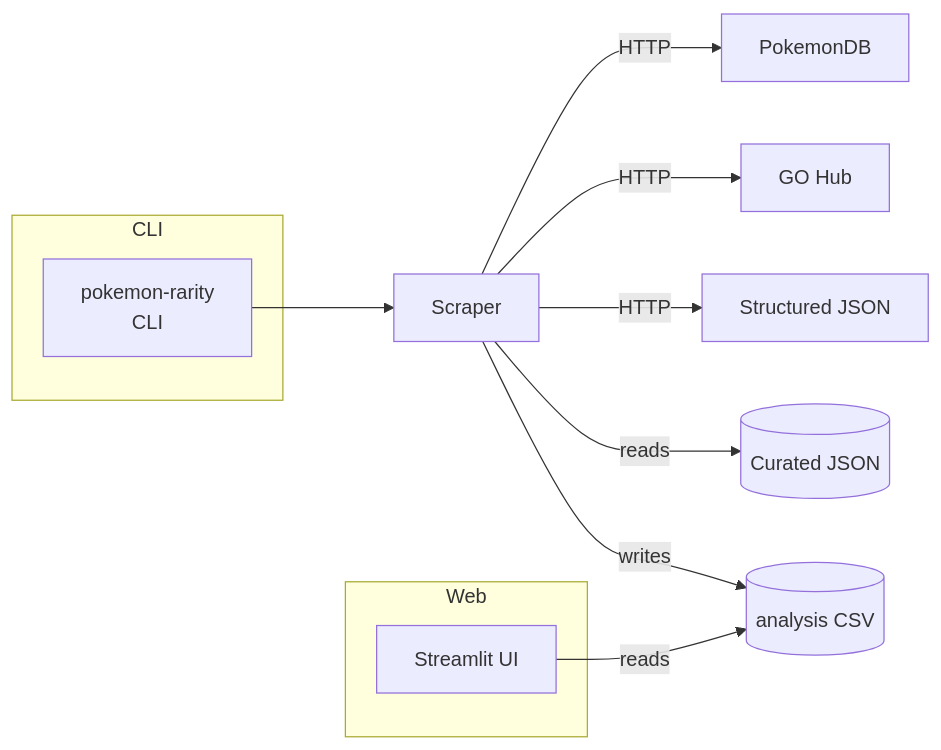
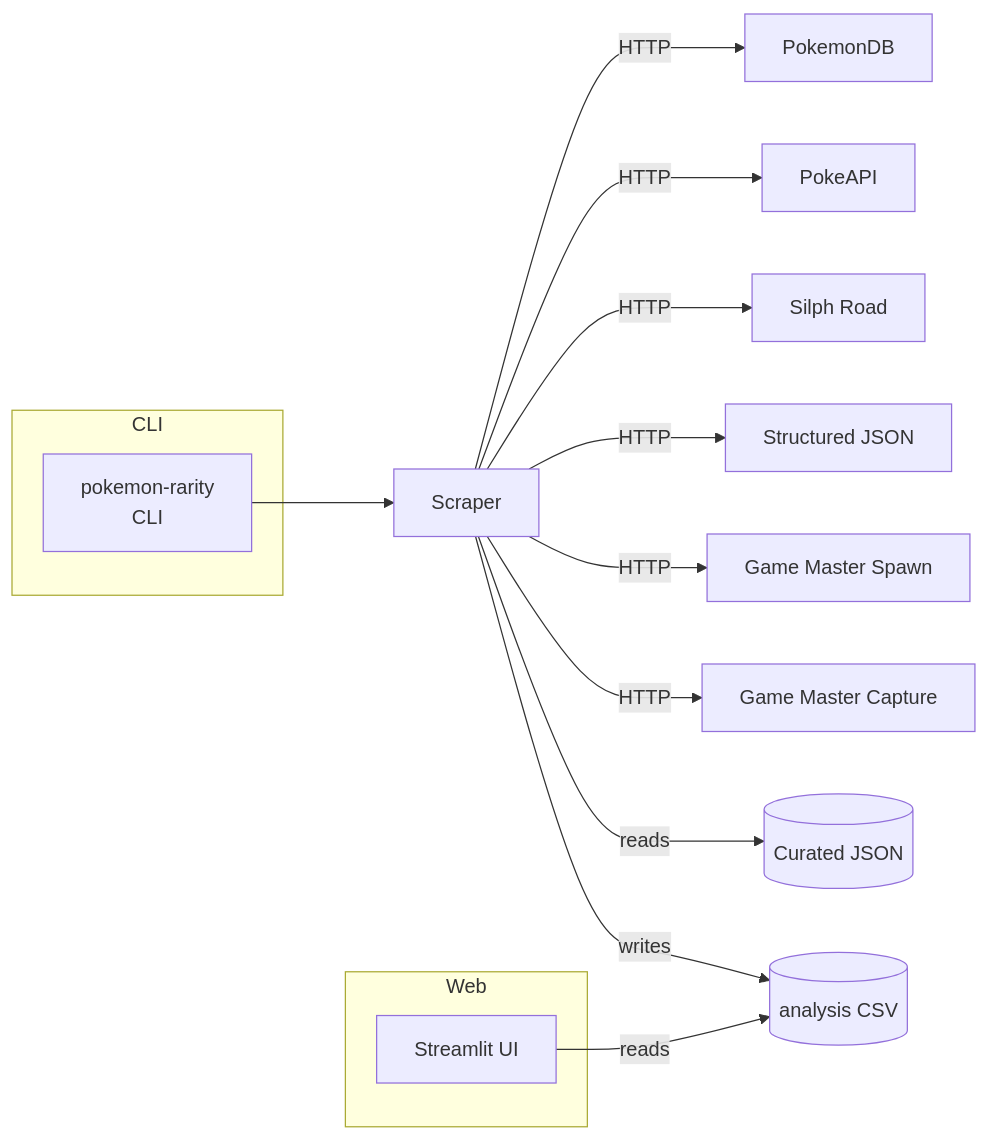
One commit to cortega26/PoGo changed the diagram in README.md. Above: the diagram before and after it, drawn with Mermaid.

Commit message:
docs: update data source flowchart

````diff
--- a/README.md
+++ b/README.md
@@ -15,16 +15,19 @@
 ```mermaid
 flowchart LR
   subgraph CLI
     A["pokemon-rarity\nCLI"]
   end
   subgraph Web
     B["Streamlit UI"]
   end
   A --> S[Scraper]
   S -->|HTTP| PokeDB[PokemonDB]
-  S -->|HTTP| GOHub[GO Hub]
+  S -->|HTTP| PokeAPI[PokeAPI]
+  S -->|HTTP| Silph[Silph Road]
   S -->|HTTP| Structured[Structured JSON]
+  S -->|HTTP| GMSpawn[Game Master Spawn]
+  S -->|HTTP| GMCapture[Game Master Capture]
   S -->|reads| Curated[(Curated JSON)]
   S -->|writes| CSV[(analysis CSV)]
   B -->|reads| CSV
 ```
````
